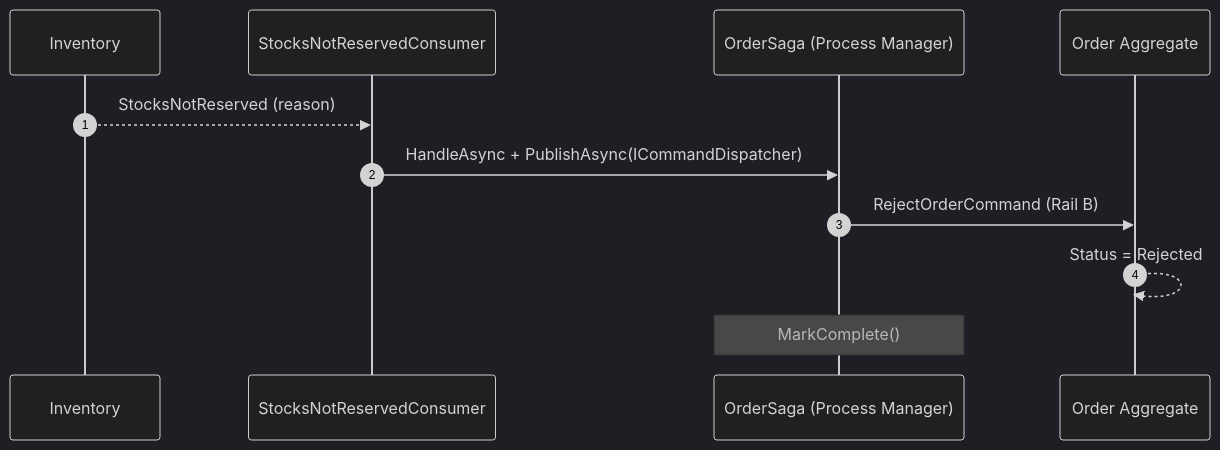
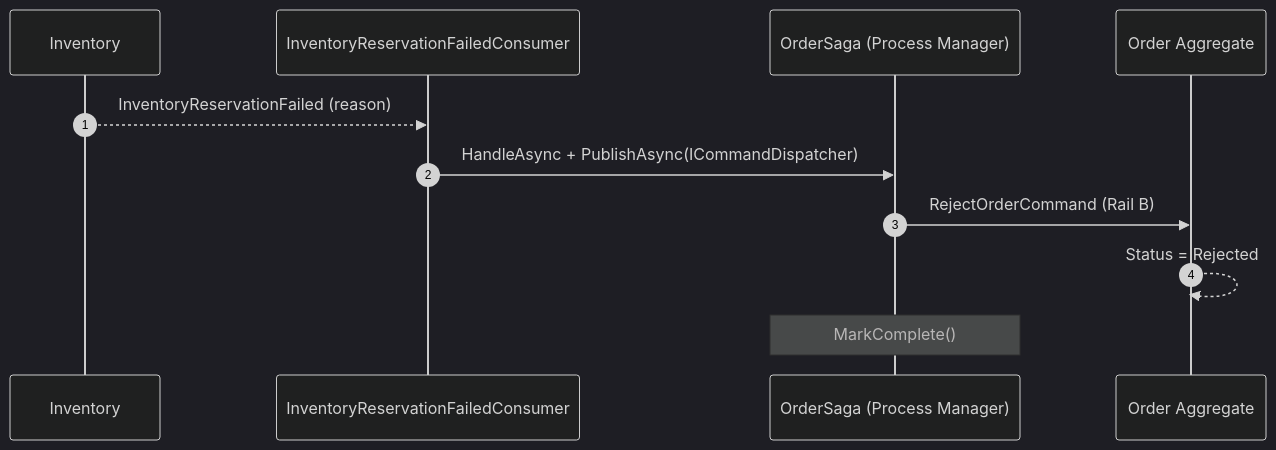
One commit to mnnam1302/EShop changed the tenth of 12 diagrams in Order/src/EShop.Order.API/README.md. Above: the diagram before and after it, drawn with Mermaid (dark theme). The commit also changed other lines of this file and 10 other files, not shown here.

````diff
--- a/Order/src/EShop.Order.API/README.md
+++ b/Order/src/EShop.Order.API/README.md
@@ -256,14 +318,14 @@
 ```mermaid
 sequenceDiagram
     autonumber
-    participant INV as Inventory
-    participant SN  as StocksNotReservedConsumer
-    participant PM  as OrderSaga (Process Manager)
-    participant OA  as Order Aggregate
+    participant INV  as Inventory
+    participant IRFC as InventoryReservationFailedConsumer
+    participant PM   as OrderSaga (Process Manager)
+    participant OA   as Order Aggregate
 
-    INV-->>SN: StocksNotReserved (reason)
-    SN->>PM: HandleAsync + PublishAsync(ICommandDispatcher)
+    INV-->>IRFC: InventoryReservationFailed (reason)
+    IRFC->>PM: HandleAsync + PublishAsync(ICommandDispatcher)
     PM->>OA: RejectOrderCommand (Rail B)
     OA-->>OA: Status = Rejected
     Note over PM: MarkComplete()
 ```
````
